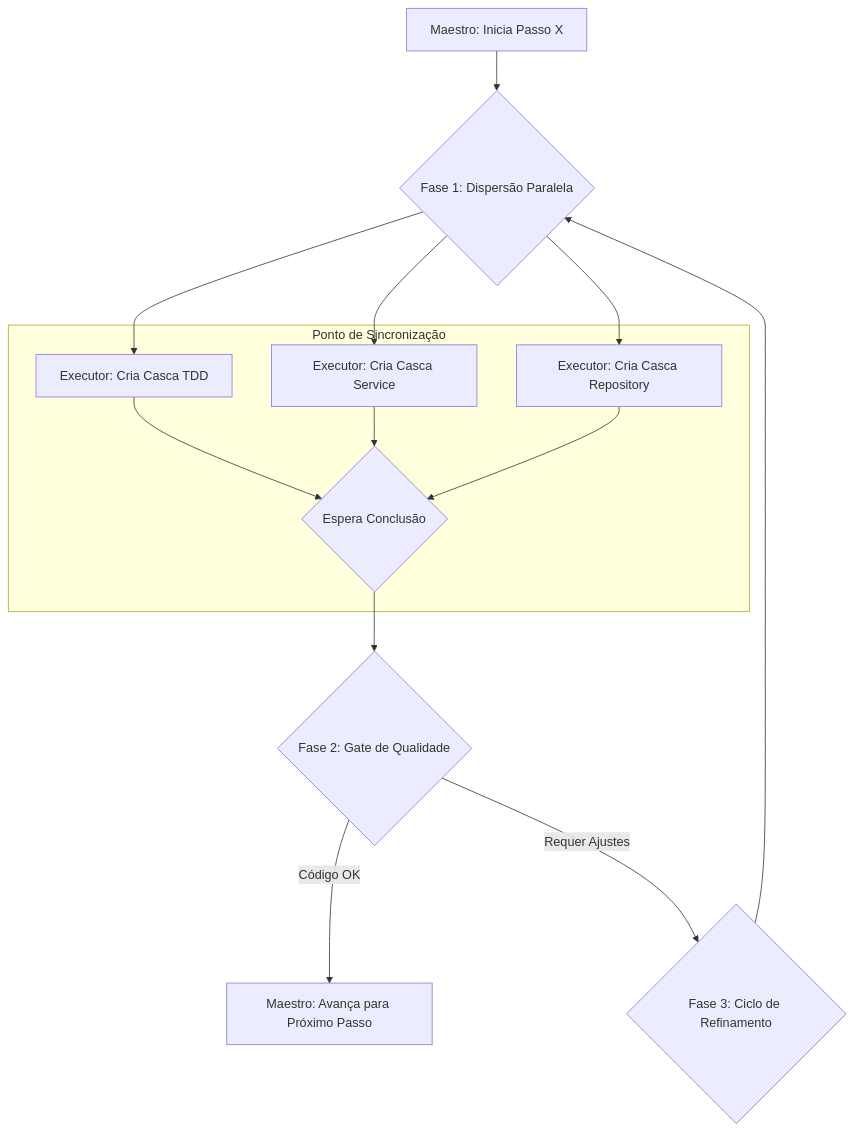
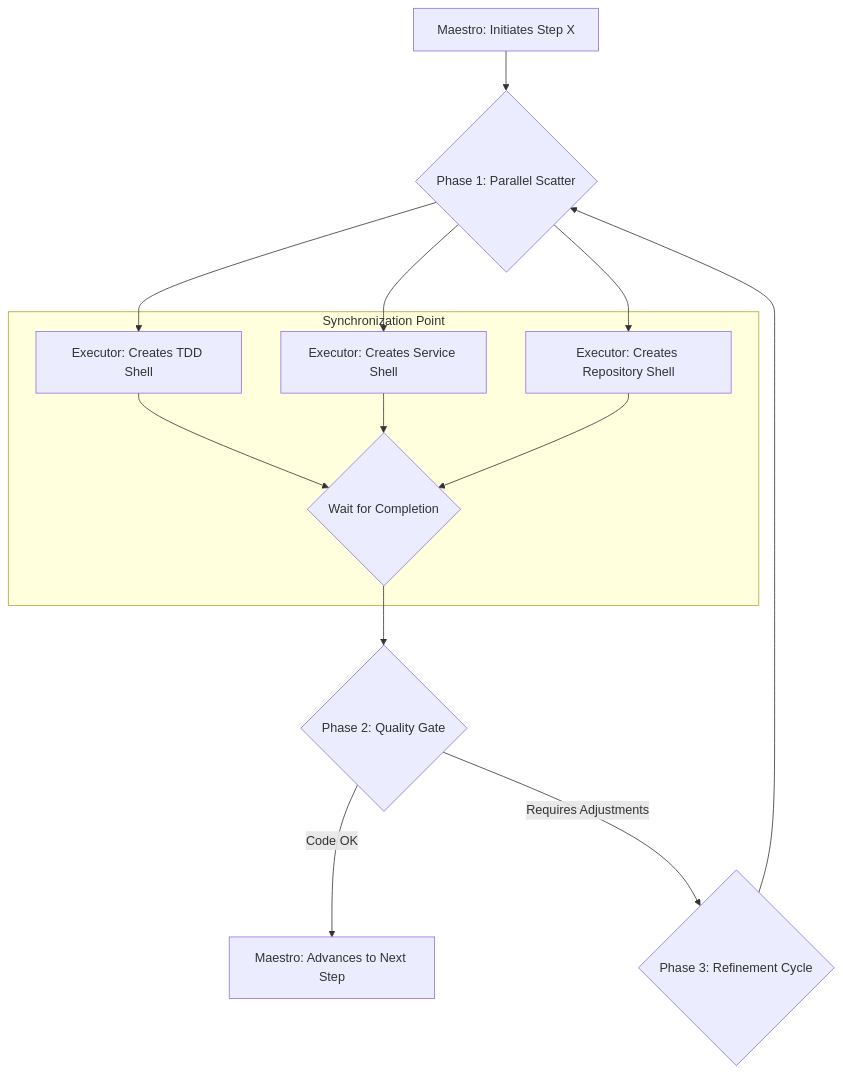
One commit to primoia/conductor changed the diagram in docs/features/game-theory-evolution.md. Above: the diagram before and after it, drawn with Mermaid. The commit also changed other lines of this file and 44 other files, not shown here.

````diff
--- a/docs/features/game-theory-evolution.md
+++ b/docs/features/game-theory-evolution.md
@@ -27,18 +27,18 @@
 ```mermaid
 graph TD
-    A[Maestro: Inicia Passo X] --> B{Fase 1: Dispersão Paralela};
-    B --> C1[Executor: Cria Casca TDD];
-    B --> C2[Executor: Cria Casca Service];
-    B --> C3[Executor: Cria Casca Repository];
+    A[Maestro: Initiates Step X] --> B{Phase 1: Parallel Scatter};
+    B --> C1[Executor: Creates TDD Shell];
+    B --> C2[Executor: Creates Service Shell];
+    B --> C3[Executor: Creates Repository Shell];
     
-    subgraph Ponto de Sincronização
-        C1 --> D{Espera Conclusão};
+    subgraph Synchronization Point
+        C1 --> D{Wait for Completion};
         C2 --> D;
         C3 --> D;
     end
 
-    D --> E{Fase 2: Gate de Qualidade};
-    E -- Código OK --> F[Maestro: Avança para Próximo Passo];
-    E -- Requer Ajustes --> G{Fase 3: Ciclo de Refinamento};
+    D --> E{Phase 2: Quality Gate};
+    E -- Code OK --> F[Maestro: Advances to Next Step];
+    E -- Requires Adjustments --> G{Phase 3: Refinement Cycle};
     G --> B;
 ```
````
